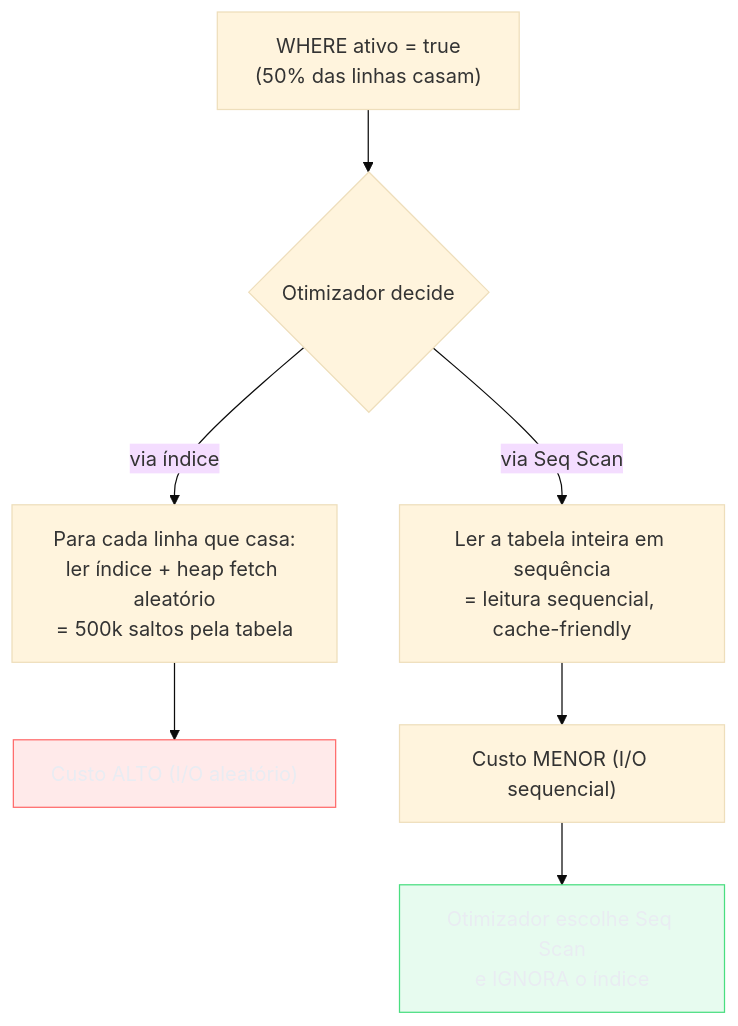
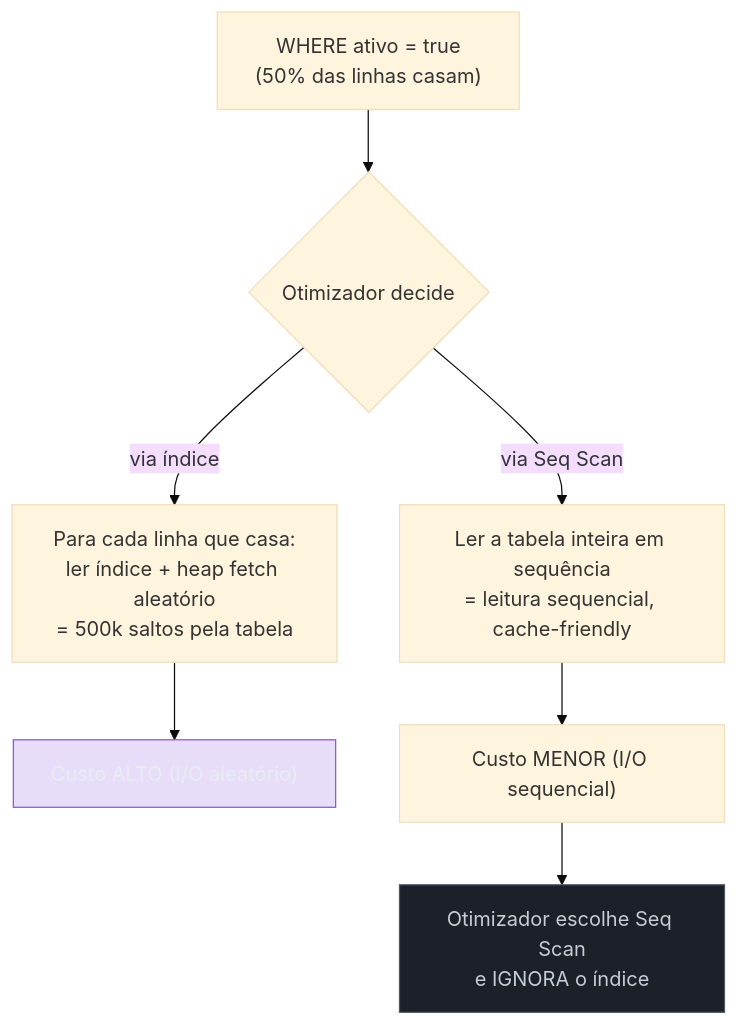
The third of 4 diagrams in 03-Dominios/Ciência/Banco de Dados/07 - Índices.md (josenaldo/codex-technomanticus), drawn with Mermaid (base theme) before and after one commit. The commit also changed other lines of this file and 601 other files, not shown here.

````diff
--- a/03-Dominios/Ciência/Banco de Dados/07 - Índices.md
+++ b/03-Dominios/Ciência/Banco de Dados/07 - Índices.md
@@ -154,13 +154,13 @@
 ```mermaid
 flowchart TD
-    classDef ok fill:#4ADE8021,stroke:#4ADE80,color:#E9ECF2
-    classDef falha fill:#FF6B6B24,stroke:#FF6B6B,color:#E9ECF2
+    classDef marca fill:#8855DF33,stroke:#8855DF,color:#E9ECF2
+    classDef neutro fill:#1B2029,stroke:#4E5666,color:#C6CCD8
     Q["WHERE ativo = true<br/>(50% das linhas casam)"] --> D{"Otimizador decide"}
     D -->|"via índice"| I["Para cada linha que casa:<br/>ler índice + heap fetch aleatório<br/>= 500k saltos pela tabela"]
     D -->|"via Seq Scan"| S["Ler a tabela inteira em sequência<br/>= leitura sequencial, cache-friendly"]
     I --> C["Custo ALTO (I/O aleatório)"]
     S --> CH["Custo MENOR (I/O sequencial)"]
     CH --> WIN["Otimizador escolhe Seq Scan<br/>e IGNORA o índice"]
-    class WIN ok
-    class C falha
+    class WIN neutro
+    class C marca
 ```
````
